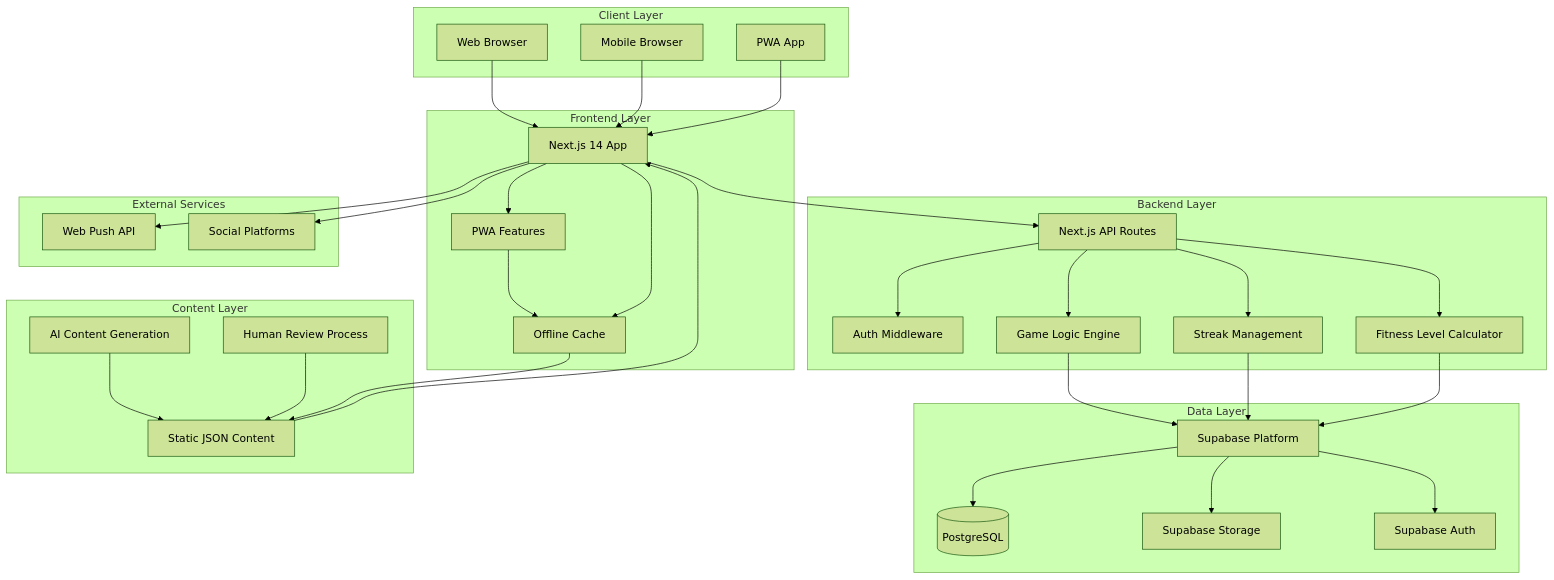
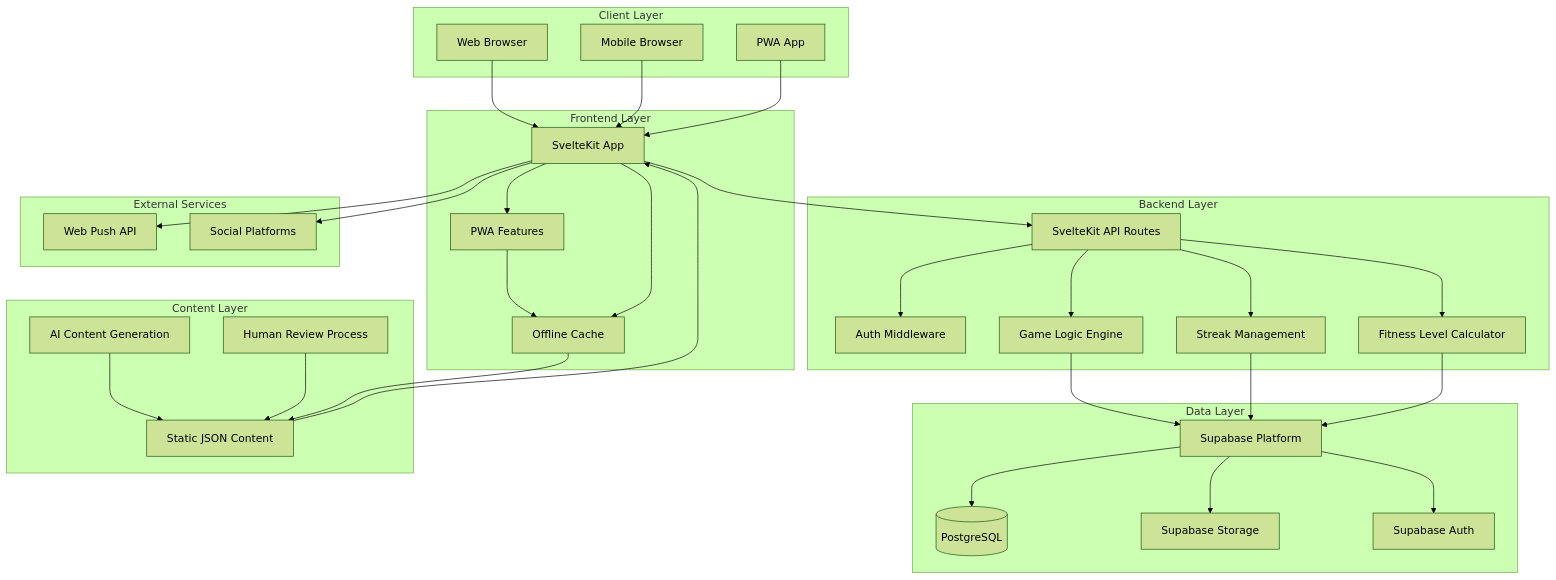
One commit to midearth-labs/fit-journey changed the first of 2 diagrams in game/design/architecture.md. Above: the diagram before and after it, drawn with Mermaid (forest theme). The commit also changed other lines of this file and 680 other files, not shown here.

````diff
--- a/game/design/architecture.md
+++ b/game/design/architecture.md
@@ -146,71 +146,71 @@
 ```mermaid
 graph TB
     subgraph "Client Layer"
         Web[Web Browser]
         Mobile[Mobile Browser]
         PWA[PWA App]
     end
     
     subgraph "Frontend Layer"
-        NextJS[Next.js 14 App]
+        SvelteKit[SvelteKit App]
         PWAFeatures[PWA Features]
         OfflineCache[Offline Cache]
     end
     
     subgraph "Backend Layer"
-        APIRoutes[Next.js API Routes]
+        APIRoutes[SvelteKit API Routes]
         AuthMiddleware[Auth Middleware]
         GameLogic[Game Logic Engine]
         StreakEngine[Streak Management]
         FitnessLevelEngine[Fitness Level Calculator]
     end
     
     subgraph "Data Layer"
         Supabase[Supabase Platform]
         PostgreSQL[(PostgreSQL)]
         Storage[Supabase Storage]
         Auth[Supabase Auth]
     end
     
     subgraph "Content Layer"
         StaticContent[Static JSON Content]
         ContentGen[AI Content Generation]
         HumanReview[Human Review Process]
     end
     
     subgraph "External Services"
         PushAPI[Web Push API]
         SocialShare[Social Platforms]
     end
     
-    Web --> NextJS
-    Mobile --> NextJS
-    PWA --> NextJS
+    Web --> SvelteKit
+    Mobile --> SvelteKit
+    PWA --> SvelteKit
     
-    NextJS --> PWAFeatures
+    SvelteKit --> PWAFeatures
     PWAFeatures --> OfflineCache
     
-    NextJS --> APIRoutes
+    SvelteKit --> APIRoutes
     APIRoutes --> AuthMiddleware
     APIRoutes --> GameLogic
     APIRoutes --> StreakEngine
     APIRoutes --> FitnessLevelEngine
     
     GameLogic --> Supabase
     StreakEngine --> Supabase
     FitnessLevelEngine --> Supabase
     
     Supabase --> PostgreSQL
     Supabase --> Storage
     Supabase --> Auth
     
     ContentGen --> StaticContent
     HumanReview --> StaticContent
-    StaticContent --> NextJS
+    StaticContent --> SvelteKit
     
-    NextJS --> PushAPI
-    NextJS --> SocialShare
+    SvelteKit --> PushAPI
+    SvelteKit --> SocialShare
     
-    NextJS --> OfflineCache
+    SvelteKit --> OfflineCache
     OfflineCache --> StaticContent
 ```
````
